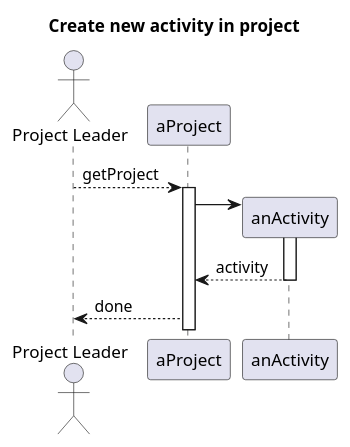
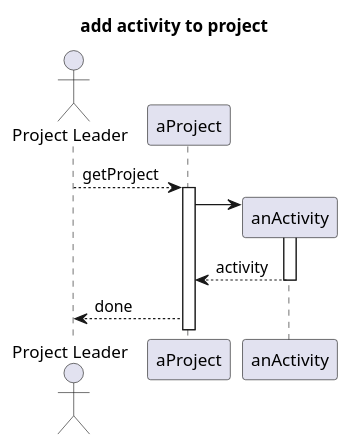
The second of 2 diagrams in usecases/Activity/create_activity.md (Shuhab-Siddigi/Software-Engineering), drawn with PlantUML before and after one commit. The commit also changed other lines of this file and 1 other file, not shown here.

Commit message:
ændret i use case diagram

````diff
--- a/usecases/Activity/create_activity.md
+++ b/usecases/Activity/create_activity.md
@@ -21,19 +21,19 @@
 ```plantuml
 @startuml
-title  Create new activity in project
+title  add activity to project
 
 actor "Project Leader" as pl
 participant "aProject" as aP
 participant "anActivity" as aA
 
 
 pl --> aP : getProject
 activate aP
   create aA
     aP -> aA
   activate aA
   return activity
 aP --> pl : done
 
 @enduml
 ```
````
